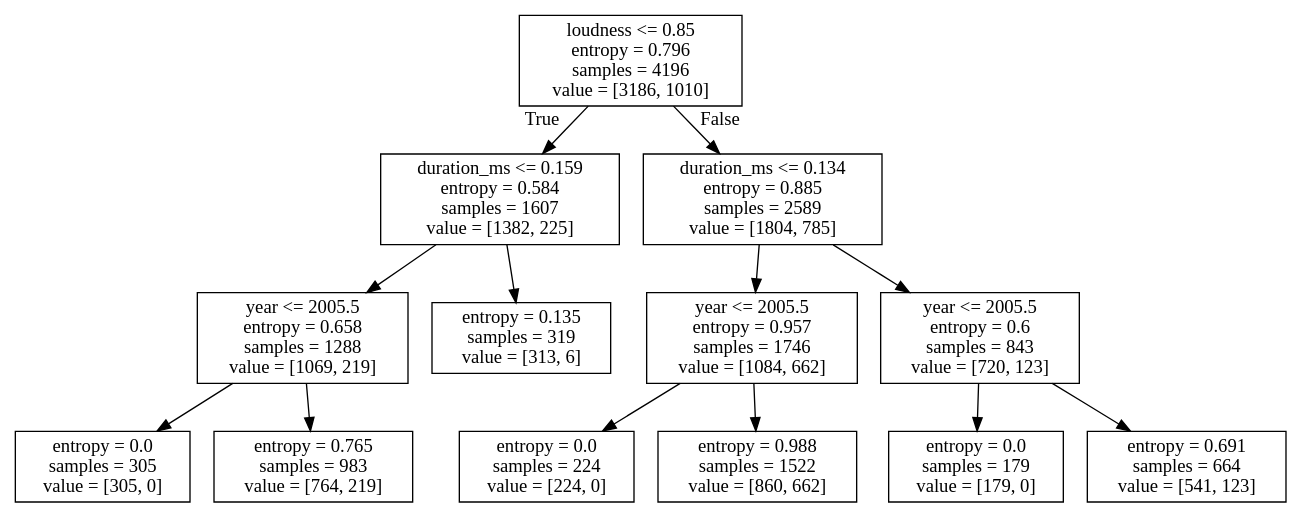
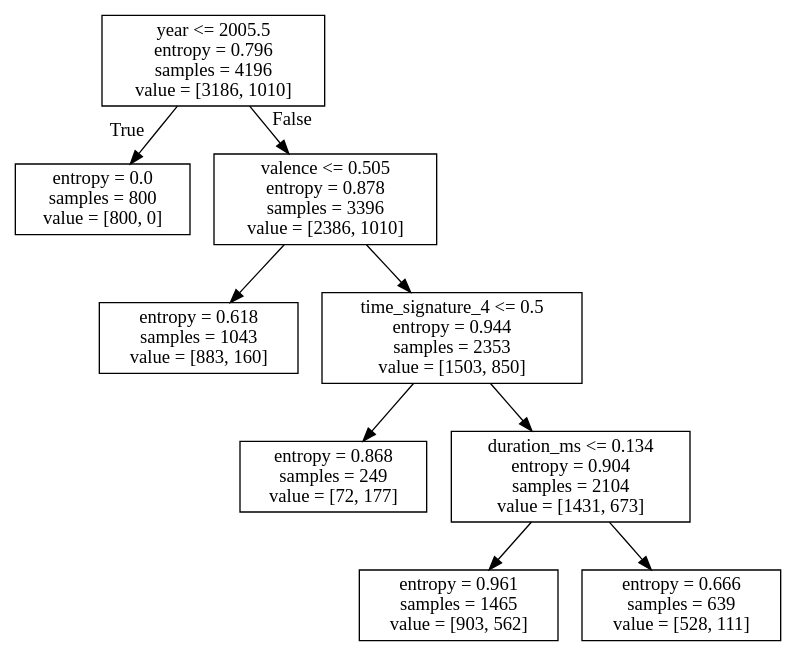
Before and after one commit to CrystalCo/audio_features_popularity_classifiers: the diagram in latin_DT.dot, drawn with Graphviz. The commit also changed 14 other files, not shown here.

```diff
--- a/latin_DT.dot
+++ b/latin_DT.dot
@@ -1,28 +1,20 @@
 digraph Tree {
 node [shape=box] ;
-0 [label="loudness <= 0.85\nentropy = 0.796\nsamples = 4196\nvalue = [3186, 1010]"] ;
-1 [label="duration_ms <= 0.159\nentropy = 0.584\nsamples = 1607\nvalue = [1382, 225]"] ;
+0 [label="year <= 2005.5\nentropy = 0.796\nsamples = 4196\nvalue = [3186, 1010]"] ;
+1 [label="entropy = 0.0\nsamples = 800\nvalue = [800, 0]"] ;
 0 -> 1 [labeldistance=2.5, labelangle=45, headlabel="True"] ;
-2 [label="year <= 2005.5\nentropy = 0.658\nsamples = 1288\nvalue = [1069, 219]"] ;
-1 -> 2 ;
-3 [label="entropy = 0.0\nsamples = 305\nvalue = [305, 0]"] ;
+2 [label="valence <= 0.505\nentropy = 0.878\nsamples = 3396\nvalue = [2386, 1010]"] ;
+0 -> 2 [labeldistance=2.5, labelangle=-45, headlabel="False"] ;
+3 [label="entropy = 0.618\nsamples = 1043\nvalue = [883, 160]"] ;
 2 -> 3 ;
-4 [label="entropy = 0.765\nsamples = 983\nvalue = [764, 219]"] ;
+4 [label="time_signature_4 <= 0.5\nentropy = 0.944\nsamples = 2353\nvalue = [1503, 850]"] ;
 2 -> 4 ;
-5 [label="entropy = 0.135\nsamples = 319\nvalue = [313, 6]"] ;
-1 -> 5 ;
-6 [label="duration_ms <= 0.134\nentropy = 0.885\nsamples = 2589\nvalue = [1804, 785]"] ;
-0 -> 6 [labeldistance=2.5, labelangle=-45, headlabel="False"] ;
-7 [label="year <= 2005.5\nentropy = 0.957\nsamples = 1746\nvalue = [1084, 662]"] ;
+5 [label="entropy = 0.868\nsamples = 249\nvalue = [72, 177]"] ;
+4 -> 5 ;
+6 [label="duration_ms <= 0.134\nentropy = 0.904\nsamples = 2104\nvalue = [1431, 673]"] ;
+4 -> 6 ;
+7 [label="entropy = 0.961\nsamples = 1465\nvalue = [903, 562]"] ;
 6 -> 7 ;
-8 [label="entropy = 0.0\nsamples = 224\nvalue = [224, 0]"] ;
-7 -> 8 ;
-9 [label="entropy = 0.988\nsamples = 1522\nvalue = [860, 662]"] ;
-7 -> 9 ;
-10 [label="year <= 2005.5\nentropy = 0.6\nsamples = 843\nvalue = [720, 123]"] ;
-6 -> 10 ;
-11 [label="entropy = 0.0\nsamples = 179\nvalue = [179, 0]"] ;
-10 -> 11 ;
-12 [label="entropy = 0.691\nsamples = 664\nvalue = [541, 123]"] ;
-10 -> 12 ;
+8 [label="entropy = 0.666\nsamples = 639\nvalue = [528, 111]"] ;
+6 -> 8 ;
 }
```
